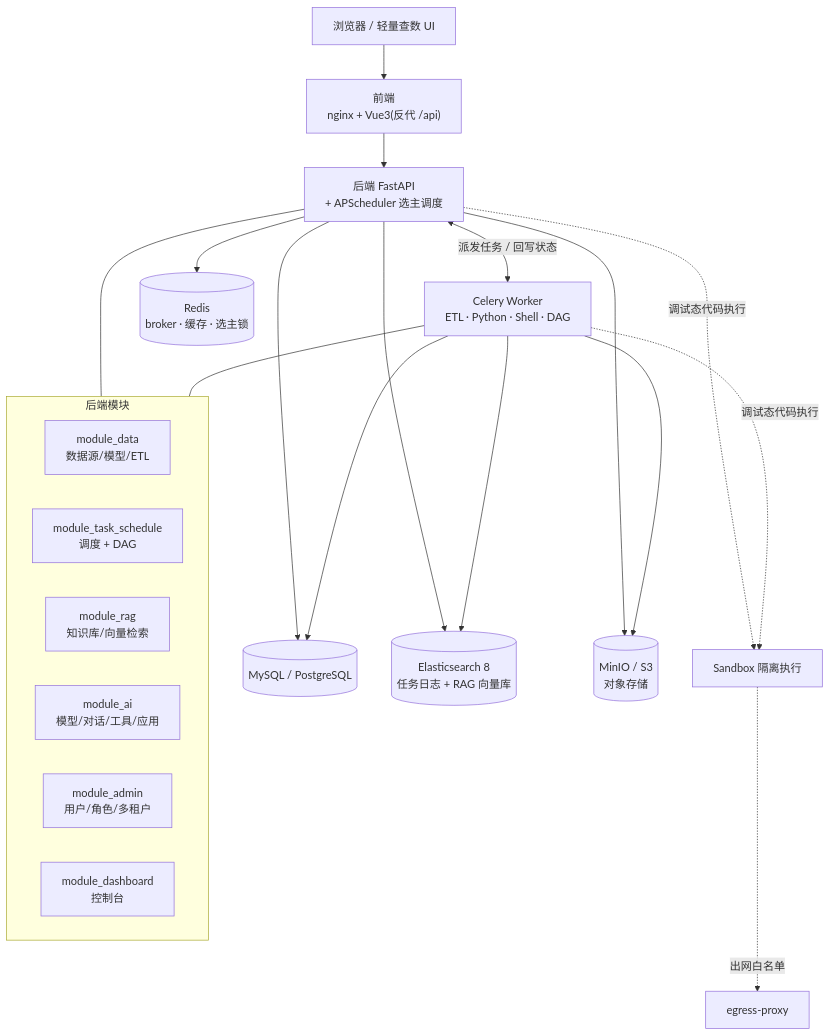
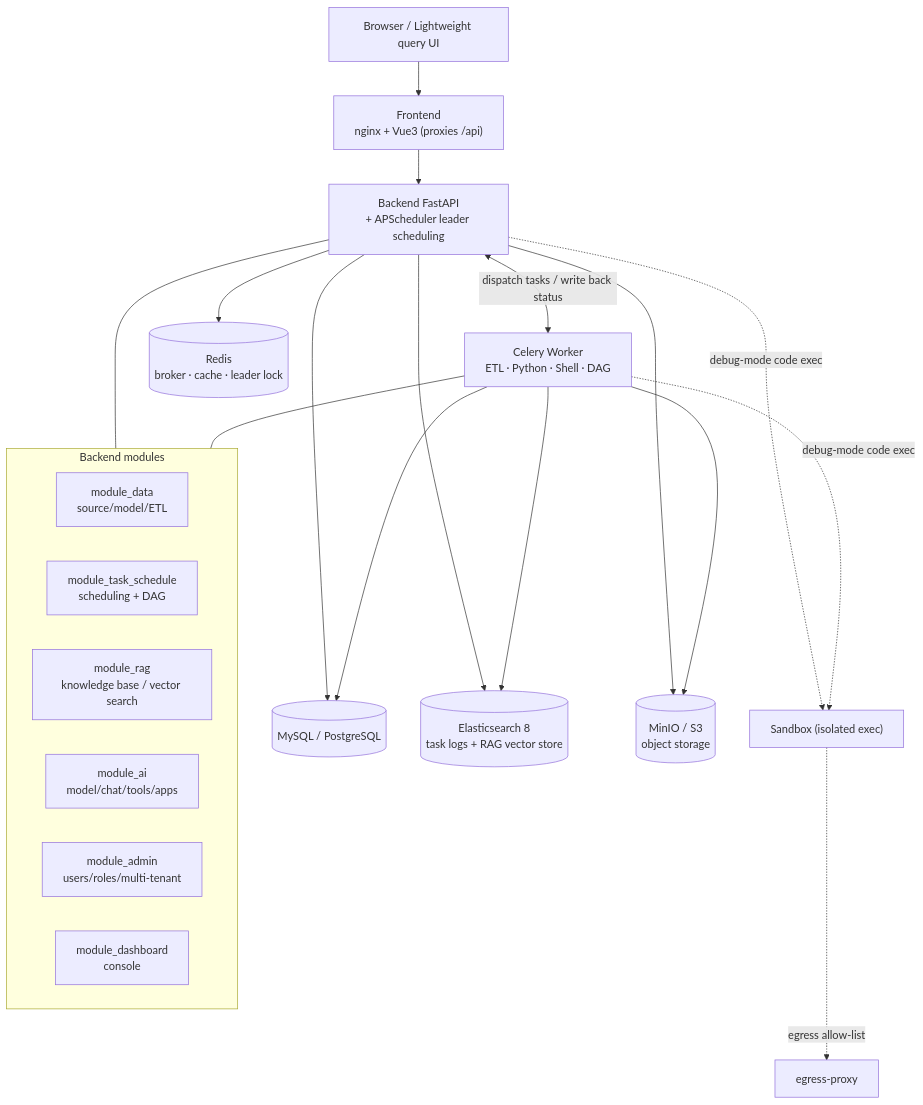
One commit to xuwei95/ezdata changed the diagram in README.md. Above: the diagram before and after it, drawn with Mermaid. The commit also changed other lines of this file and 25 other files, not shown here.

````diff
--- a/README.md
+++ b/README.md
@@ -41,30 +45,30 @@
 ```mermaid
 flowchart TB
-  U["浏览器 / 轻量查数 UI"] --> FE["前端<br/>nginx + Vue3(反代 /api)"]
-  FE --> BE["后端 FastAPI<br/>+ APScheduler 选主调度"]
-  BE <-->|"派发任务 / 回写状态"| WK["Celery Worker<br/>ETL · Python · Shell · DAG"]
+  U["Browser / Lightweight query UI"] --> FE["Frontend<br/>nginx + Vue3 (proxies /api)"]
+  FE --> BE["Backend FastAPI<br/>+ APScheduler leader scheduling"]
+  BE <-->|"dispatch tasks / write back status"| WK["Celery Worker<br/>ETL · Python · Shell · DAG"]
 
-  subgraph MOD["后端模块"]
+  subgraph MOD["Backend modules"]
     direction LR
-    M1["module_data<br/>数据源/模型/ETL"]
-    M2["module_task_schedule<br/>调度 + DAG"]
-    M3["module_rag<br/>知识库/向量检索"]
-    M4["module_ai<br/>模型/对话/工具/应用"]
-    M5["module_admin<br/>用户/角色/多租户"]
-    M6["module_dashboard<br/>控制台"]
+    M1["module_data<br/>source/model/ETL"]
+    M2["module_task_schedule<br/>scheduling + DAG"]
+    M3["module_rag<br/>knowledge base / vector search"]
+    M4["module_ai<br/>model/chat/tools/apps"]
+    M5["module_admin<br/>users/roles/multi-tenant"]
+    M6["module_dashboard<br/>console"]
   end
   BE --- MOD
   WK --- MOD
 
   BE --> DB[("MySQL / PostgreSQL")]
-  BE --> RD[("Redis<br/>broker · 缓存 · 选主锁")]
-  BE --> ES[("Elasticsearch 8<br/>任务日志 + RAG 向量库")]
-  BE --> S3[("MinIO / S3<br/>对象存储")]
+  BE --> RD[("Redis<br/>broker · cache · leader lock")]
+  BE --> ES[("Elasticsearch 8<br/>task logs + RAG vector store")]
+  BE --> S3[("MinIO / S3<br/>object storage")]
   WK --> DB
   WK --> ES
   WK --> S3
 
-  BE -. "调试态代码执行" .-> SB["Sandbox 隔离执行"]
-  WK -. "调试态代码执行" .-> SB
-  SB -. "出网白名单" .-> EG["egress-proxy"]
+  BE -. "debug-mode code exec" .-> SB["Sandbox (isolated exec)"]
+  WK -. "debug-mode code exec" .-> SB
+  SB -. "egress allow-list" .-> EG["egress-proxy"]
 ```
````
